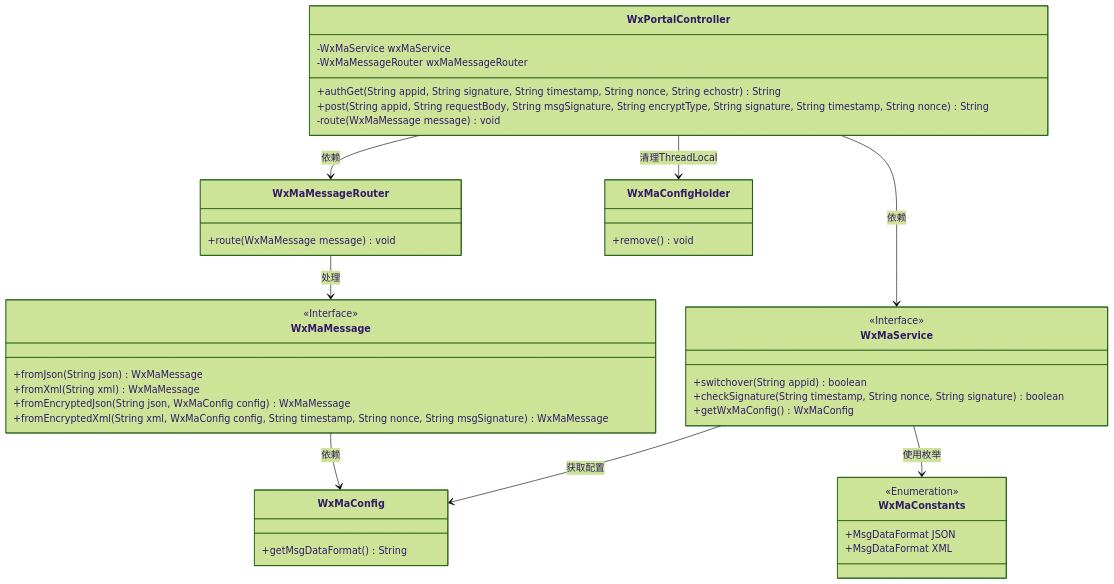
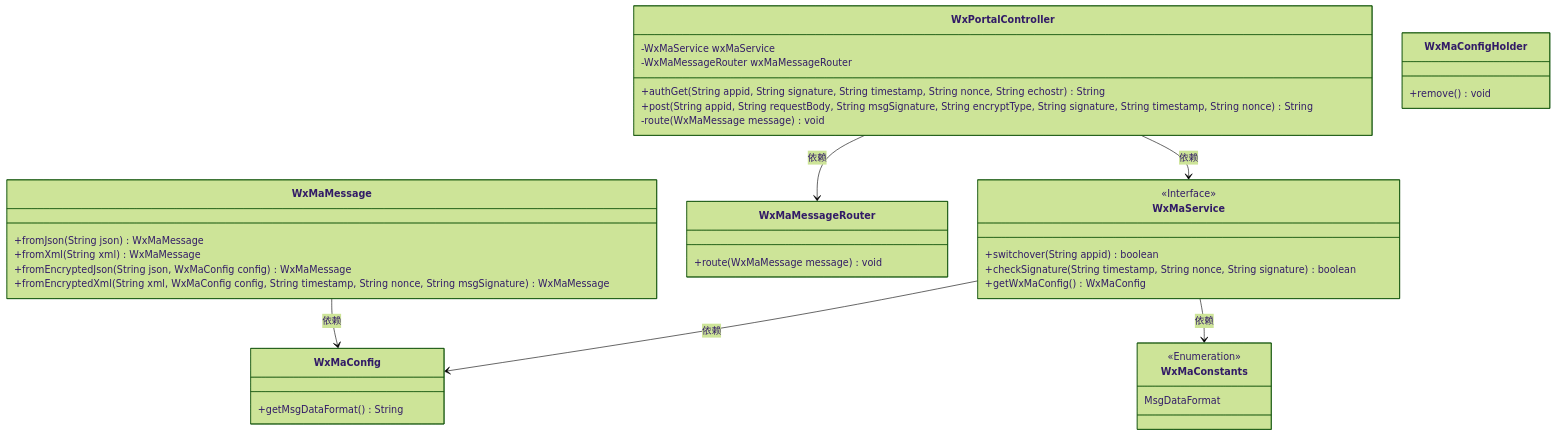
One commit to v-wjrong/rongwj666_weixin-java-miniapp-demo changed the first of 2 diagrams in docs/zh/docs/src/main/java/com/github/binarywang/demo/wx/miniapp/controller/WxPortalController.md. Above: the diagram before and after it, drawn with Mermaid (forest theme). The commit also changed other lines of this file and 47 other files, not shown here.

````diff
--- a/docs/zh/docs/src/main/java/com/github/binarywang/demo/wx/miniapp/controller/WxPortalController.md
+++ b/docs/zh/docs/src/main/java/com/github/binarywang/demo/wx/miniapp/controller/WxPortalController.md
@@ -36,51 +36,47 @@
 ```mermaid
 classDiagram
     class WxPortalController {
         -WxMaService wxMaService
         -WxMaMessageRouter wxMaMessageRouter
         +authGet(String appid, String signature, String timestamp, String nonce, String echostr) String
         +post(String appid, String requestBody, String msgSignature, String encryptType, String signature, String timestamp, String nonce) String
         -route(WxMaMessage message) void
     }
 
     class WxMaService {
         <<Interface>>
         +switchover(String appid) boolean
         +checkSignature(String timestamp, String nonce, String signature) boolean
         +getWxMaConfig() WxMaConfig
     }
 
     class WxMaMessageRouter {
         +route(WxMaMessage message) void
     }
 
     class WxMaMessage {
-        <<Interface>>
         +fromJson(String json) WxMaMessage
         +fromXml(String xml) WxMaMessage
         +fromEncryptedJson(String json, WxMaConfig config) WxMaMessage
         +fromEncryptedXml(String xml, WxMaConfig config, String timestamp, String nonce, String msgSignature) WxMaMessage
     }
 
     class WxMaConfig {
         +getMsgDataFormat() String
     }
 
+    class WxMaConstants {
+        <<Enumeration>>
+        MsgDataFormat
+    }
+
     class WxMaConfigHolder {
         +remove() void
     }
 
-    class WxMaConstants {
-        <<Enumeration>>
-        +MsgDataFormat JSON
-        +MsgDataFormat XML
-    }
-
     WxPortalController --> WxMaService : 依赖
     WxPortalController --> WxMaMessageRouter : 依赖
-    WxMaMessageRouter --> WxMaMessage : 处理
-    WxMaService --> WxMaConfig : 获取配置
     WxMaMessage --> WxMaConfig : 依赖
-    WxPortalController --> WxMaConfigHolder : 清理ThreadLocal
-    WxMaService --> WxMaConstants : 使用枚举
+    WxMaService --> WxMaConfig : 依赖
+    WxMaService --> WxMaConstants : 依赖
 ```
````
